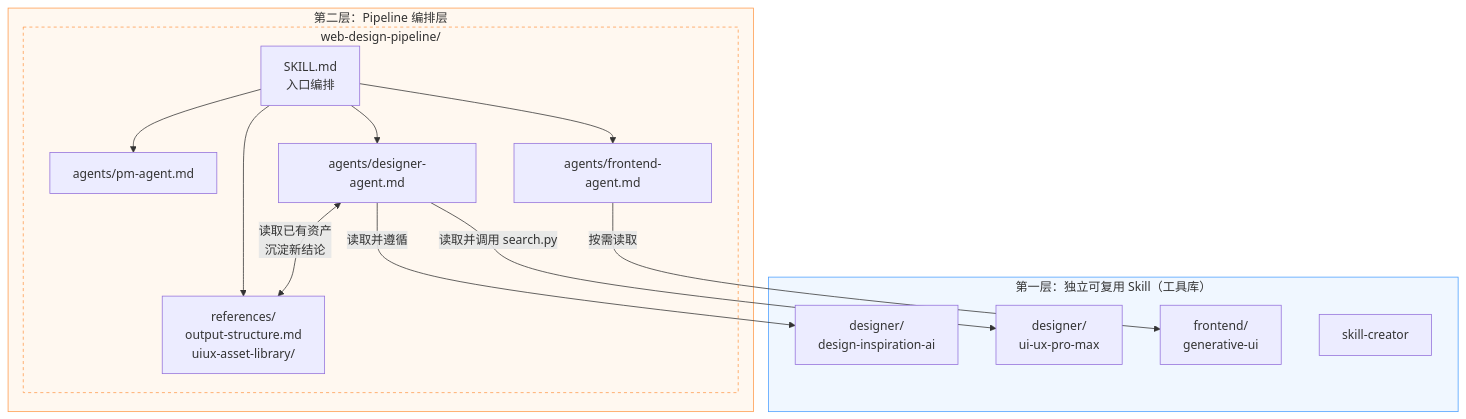
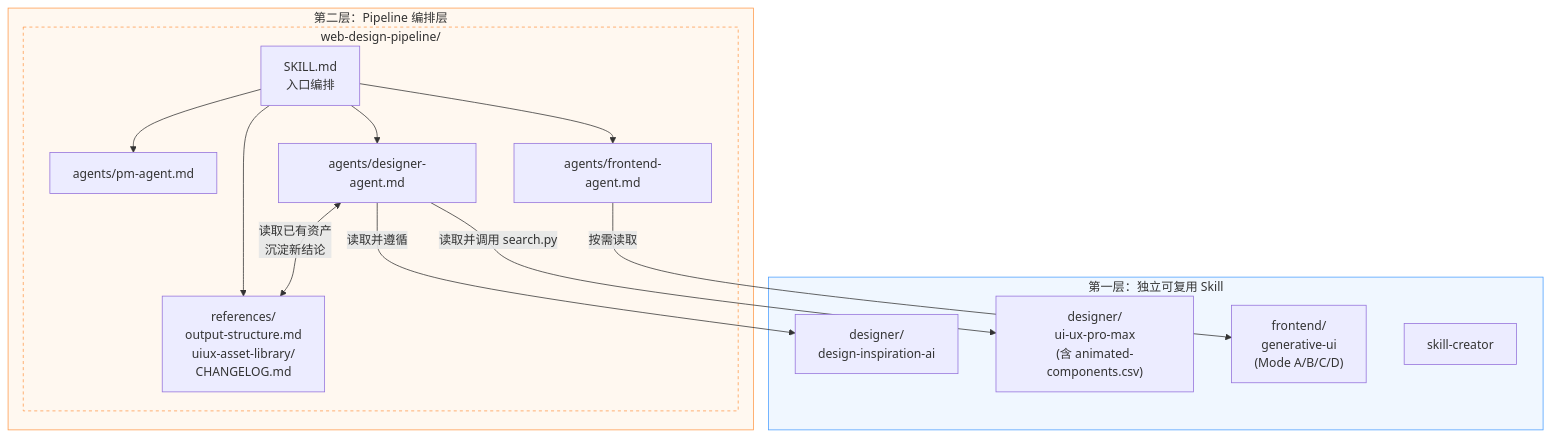
The second of 5 diagrams in ARCHITECTURE.md (PlevanTem/ui-data-synth-pipeline), drawn with Mermaid before and after one commit. The commit also changed other lines of this file and 365 other files, not shown here.

````diff
--- a/ARCHITECTURE.md
+++ b/ARCHITECTURE.md
@@ -63,33 +63,33 @@
 ```mermaid
-graph TB
-    subgraph L1 ["第一层：独立可复用 Skill（工具库）"]
+flowchart TB
+    subgraph L1 ["第一层：独立可复用 Skill"]
         DI["designer/\ndesign-inspiration-ai"]
-        UU["designer/\nui-ux-pro-max"]
-        GU["frontend/\ngenerative-ui"]
+        UU["designer/\nui-ux-pro-max\n(含 animated-components.csv)"]
+        GU["frontend/\ngenerative-ui\n(Mode A/B/C/D)"]
         SC["skill-creator"]
     end
 
     subgraph L2 ["第二层：Pipeline 编排层"]
         subgraph WDP ["web-design-pipeline/"]
             ENTRY["SKILL.md\n入口编排"]
             PMA["agents/pm-agent.md"]
             DA["agents/designer-agent.md"]
             FEA["agents/frontend-agent.md"]
-            REF["references/\noutput-structure.md\nuiux-asset-library/"]
+            REF["references/\noutput-structure.md\nuiux-asset-library/\nCHANGELOG.md"]
 
             ENTRY --> PMA
             ENTRY --> DA
             ENTRY --> FEA
             ENTRY --> REF
         end
     end
 
     DA  -->|"读取并遵循"| DI
     DA  -->|"读取并调用 search.py"| UU
     FEA -->|"按需读取"| GU
     DA  <-->|"读取已有资产\n沉淀新结论"| REF
 
     style L1 fill:#f0f7ff,stroke:#4a9eff
     style L2 fill:#fff8f0,stroke:#ff9a4a
     style WDP fill:#fff8f0,stroke:#ff9a4a,stroke-dasharray:4
 ```
````
